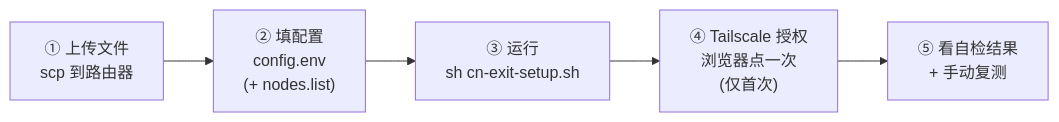
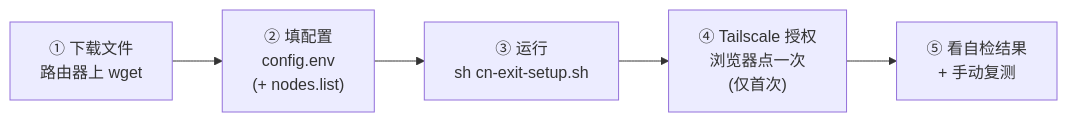
Before and after one commit to currycan/sb-xray: the sixth of 9 diagrams in scripts/openwrt/README.md, drawn with Mermaid. The commit also changed other lines of this file, not shown here.

Commit message:
docs: 路由器侧文件获取改为 wget 直接下载，不再 scp 上传

````diff
--- a/scripts/openwrt/README.md
+++ b/scripts/openwrt/README.md
@@ -157,4 +157,4 @@
 ```mermaid
 flowchart LR
-    S1["① 上传文件<br/>scp 到路由器"] --> S2["② 填配置<br/>config.env<br/>(+ nodes.list)"] --> S3["③ 运行<br/>sh cn-exit-setup.sh"] --> S4["④ Tailscale 授权<br/>浏览器点一次<br/>(仅首次)"] --> S5["⑤ 看自检结果<br/>+ 手动复测"]
+    S1["① 下载文件<br/>路由器上 wget"] --> S2["② 填配置<br/>config.env<br/>(+ nodes.list)"] --> S3["③ 运行<br/>sh cn-exit-setup.sh"] --> S4["④ Tailscale 授权<br/>浏览器点一次<br/>(仅首次)"] --> S5["⑤ 看自检结果<br/>+ 手动复测"]
 ```
````
